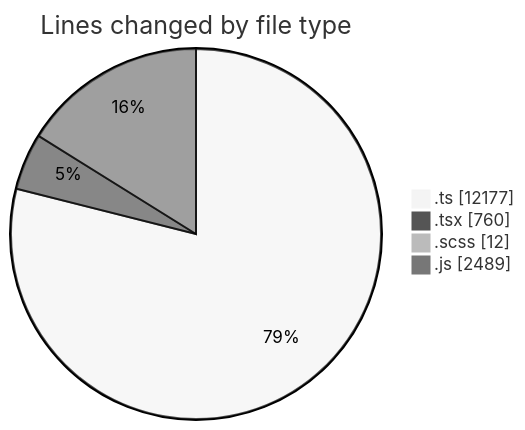
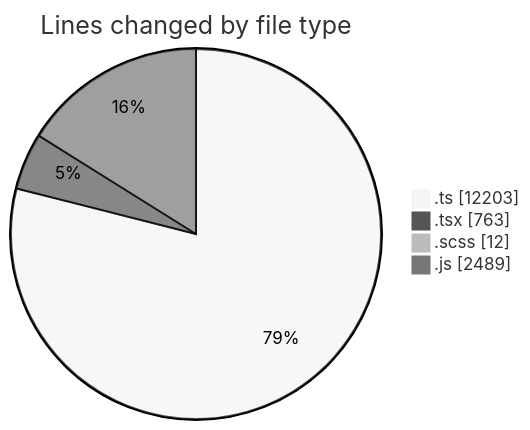
Before and after one commit to momahboobian/code-tracking: the first of 2 diagrams in 2026-03-17/cda/README.md, drawn with Mermaid (neutral theme). The commit also changed other lines of this file and 1 other file, not shown here.

````diff
--- a/2026-03-17/cda/README.md
+++ b/2026-03-17/cda/README.md
@@ -39,8 +39,8 @@
 ```mermaid
 pie showData
 title Lines changed by file type
-".ts" : 12177
-".tsx" : 760
+".ts" : 12203
+".tsx" : 763
 ".scss" : 12
 ".js" : 2489
 ```
````
